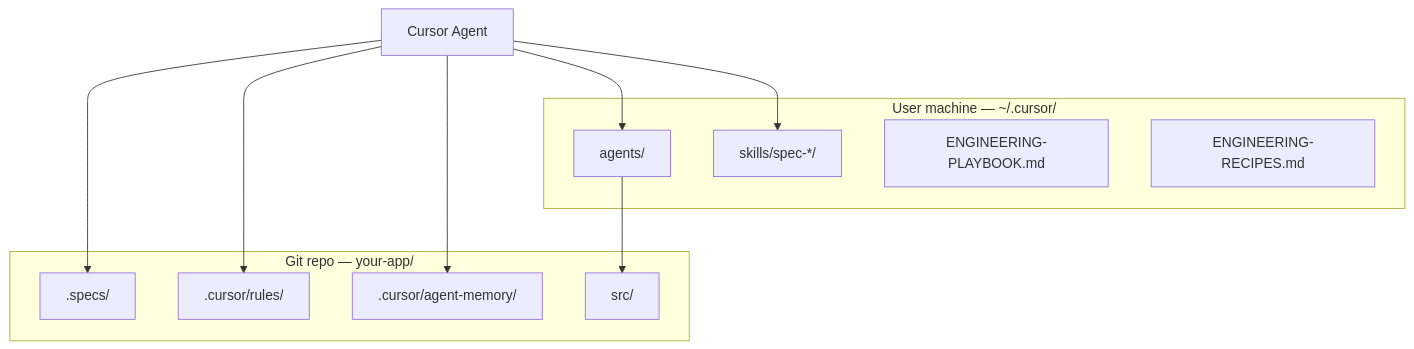
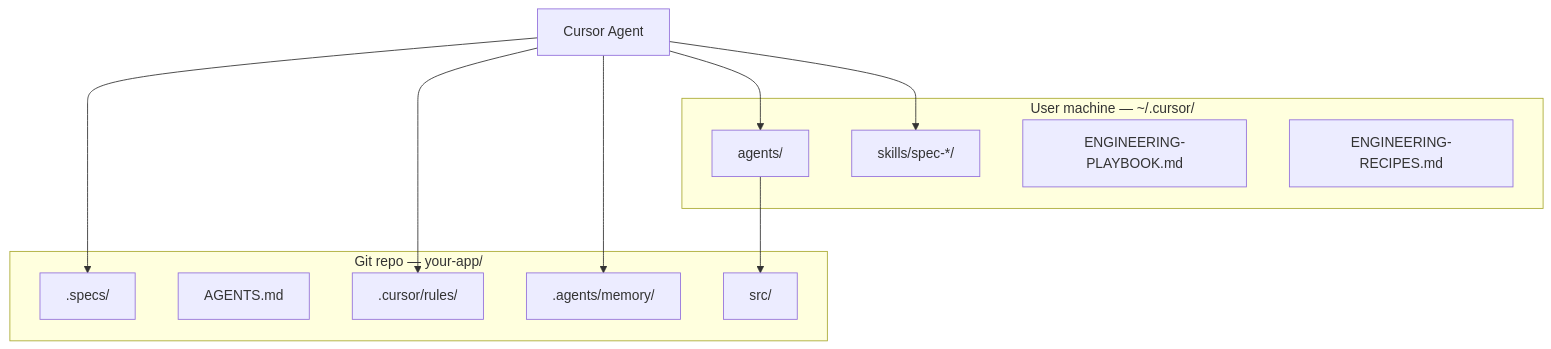
Before and after one commit to sushilti80/specforge-engineering-team: the diagram in docs/BOOTSTRAP-SPEC-DRIVEN-PROJECT.md, drawn with Mermaid. The commit also changed other lines of this file and 62 other files, not shown here.

````diff
--- a/docs/BOOTSTRAP-SPEC-DRIVEN-PROJECT.md
+++ b/docs/BOOTSTRAP-SPEC-DRIVEN-PROJECT.md
@@ -22,21 +22,22 @@
 ```mermaid
 flowchart TB
   subgraph user [User machine — ~/.cursor/]
     Agents[agents/]
     Skills[skills/spec-*/]
     Playbook[ENGINEERING-PLAYBOOK.md]
     Recipes[ENGINEERING-RECIPES.md]
   end
   subgraph project [Git repo — your-app/]
     Specs[.specs/]
+    AgentsMd[AGENTS.md]
     Rules[.cursor/rules/]
-    Memory[.cursor/agent-memory/]
+    Memory[.agents/memory/]
     Code[src/]
   end
   Cursor[Cursor Agent] --> Agents
   Cursor --> Skills
   Cursor --> Rules
   Cursor --> Specs
   Cursor --> Memory
   Agents --> Code
 ```
````
